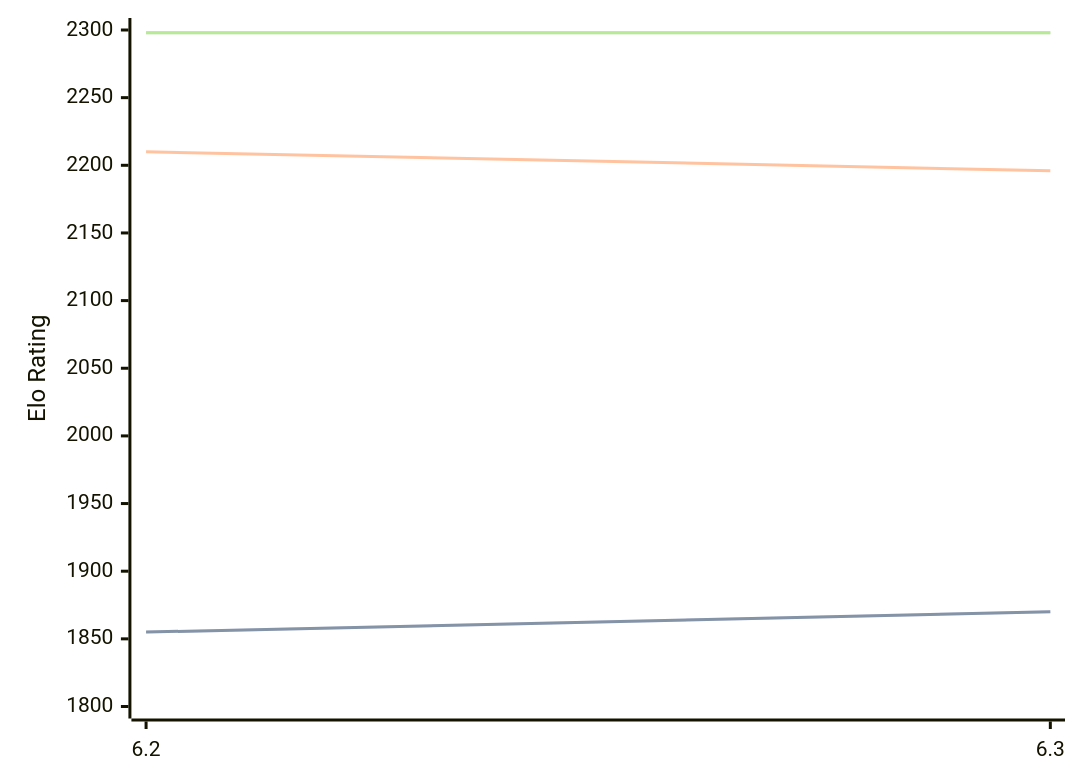
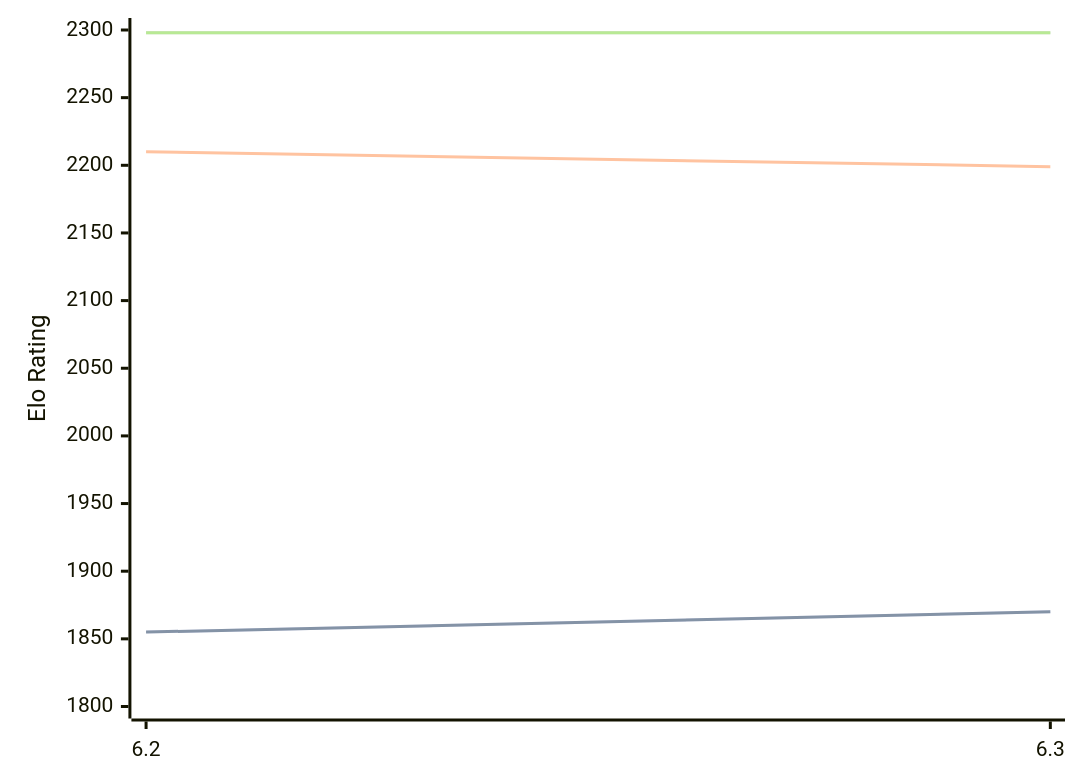
The diagram in engines/chess4j.md (computer-chess-index/cci), drawn with Mermaid before and after one commit. The commit also changed other lines of this file, not shown here.

````diff
--- a/engines/chess4j.md
+++ b/engines/chess4j.md
@@ -32,11 +32,11 @@
 ```mermaid
 %%{init: {"theme":"base","themeVariables":{"seriesColors:['#a3a3a3','#222221','#faa371']}}}%%
 xychart-beta
   x-axis ["6.2", "6.3"]
   y-axis "Elo Rating" 1800 --> 2300
   line "" [1855, 1870]
   line "STC (8.0+0.08s)" [1855, 1870]
-  line "LTC (60.0+0.60s)" [2210, 2196]
+  line "LTC (60.0+0.60s)" [2210, 2199]
   line "" [2298, 2298]
   line "VLTC (2m24s+1.12s)" [2298, 2298]
 ```
````
